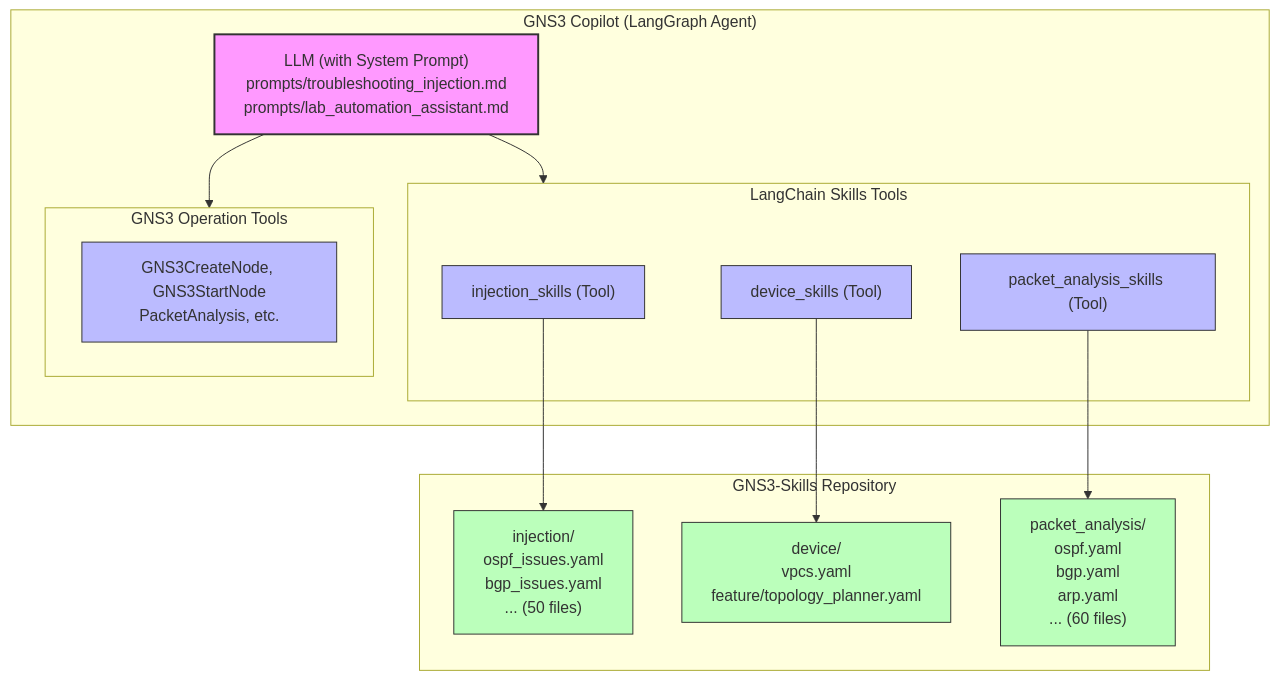
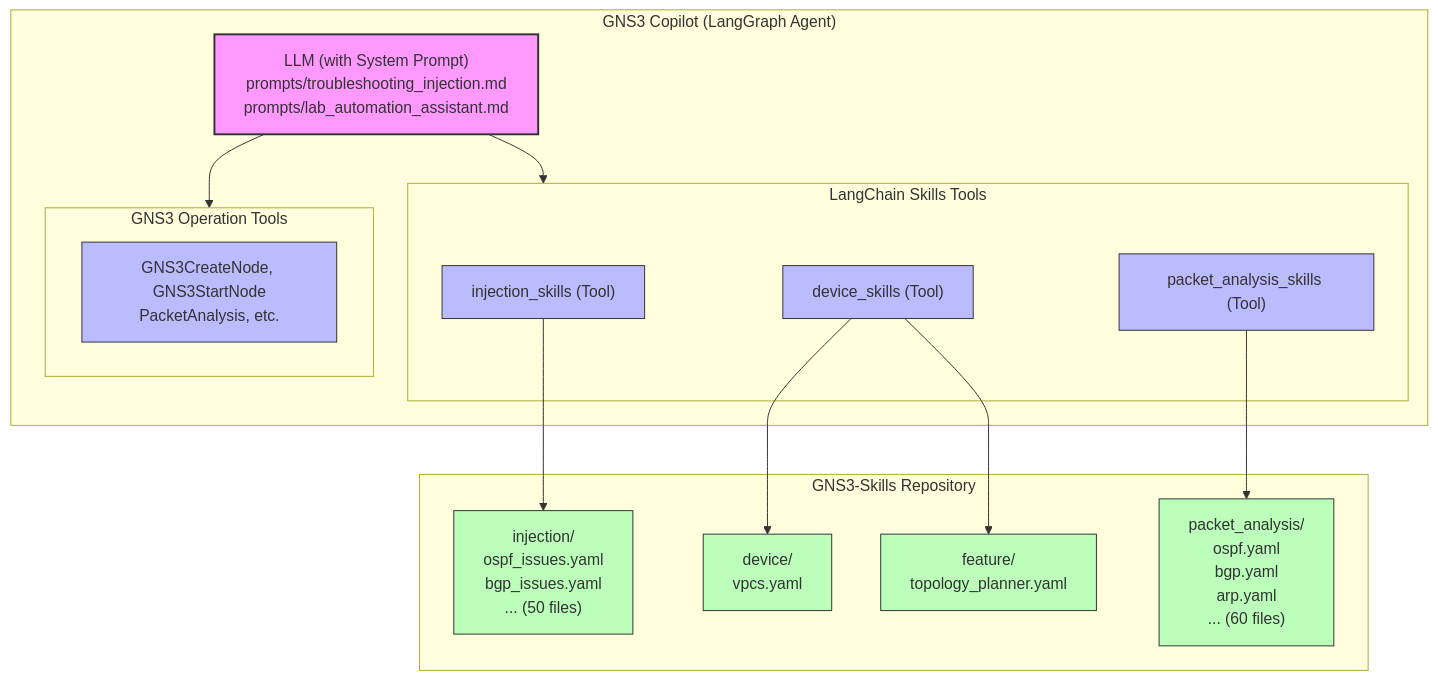
One commit to GNS3/gns3-skills changed the diagram in README.md. Above: the diagram before and after it, drawn with Mermaid. The commit also changed other lines of this file and 1 other file, not shown here.

First line of the commit message:
docs: clarify feature directory purpose and structure

````diff
--- a/README.md
+++ b/README.md
@@ -67,37 +67,39 @@
 ```mermaid
 graph TB
     subgraph GNS3_Copilot["GNS3 Copilot (LangGraph Agent)"]
         LLM["LLM (with System Prompt)<br/>prompts/troubleshooting_injection.md<br/>prompts/lab_automation_assistant.md"]
 
         subgraph Skills_Tools["LangChain Skills Tools"]
             Injection_Tools["injection_skills (Tool)"]
             Device_Tools["device_skills (Tool)"]
             Packet_Tools["packet_analysis_skills (Tool)"]
         end
 
         subgraph GNS3_Tools["GNS3 Operation Tools"]
             GNS3_Ops["GNS3CreateNode, GNS3StartNode<br/>PacketAnalysis, etc."]
         end
 
         LLM --> Skills_Tools
         LLM --> GNS3_Tools
     end
 
     subgraph Skills_Repo["GNS3-Skills Repository"]
         Injection_Files["injection/<br/>ospf_issues.yaml<br/>bgp_issues.yaml<br/>... (50 files)"]
-        Device_Files["device/<br/>vpcs.yaml<br/>feature/topology_planner.yaml"]
+        Device_Files["device/<br/>vpcs.yaml"]
+        Feature_Files["feature/<br/>topology_planner.yaml"]
         Packet_Files["packet_analysis/<br/>ospf.yaml<br/>bgp.yaml<br/>arp.yaml<br/>... (60 files)"]
     end
 
     Injection_Tools --> Injection_Files
     Device_Tools --> Device_Files
+    Device_Tools --> Feature_Files
     Packet_Tools --> Packet_Files
 
     classDef llmStyle fill:#f9f,stroke:#333,stroke-width:2px
     classDef toolsStyle fill:#bbf,stroke:#333,stroke-width:1px
     classDef repoStyle fill:#bfb,stroke:#333,stroke-width:1px
 
     class LLM llmStyle
     class Injection_Tools,Device_Tools,Packet_Tools,GNS3_Ops toolsStyle
-    class Injection_Files,Device_Files,Packet_Files repoStyle
+    class Injection_Files,Device_Files,Feature_Files,Packet_Files repoStyle
 ```
````
